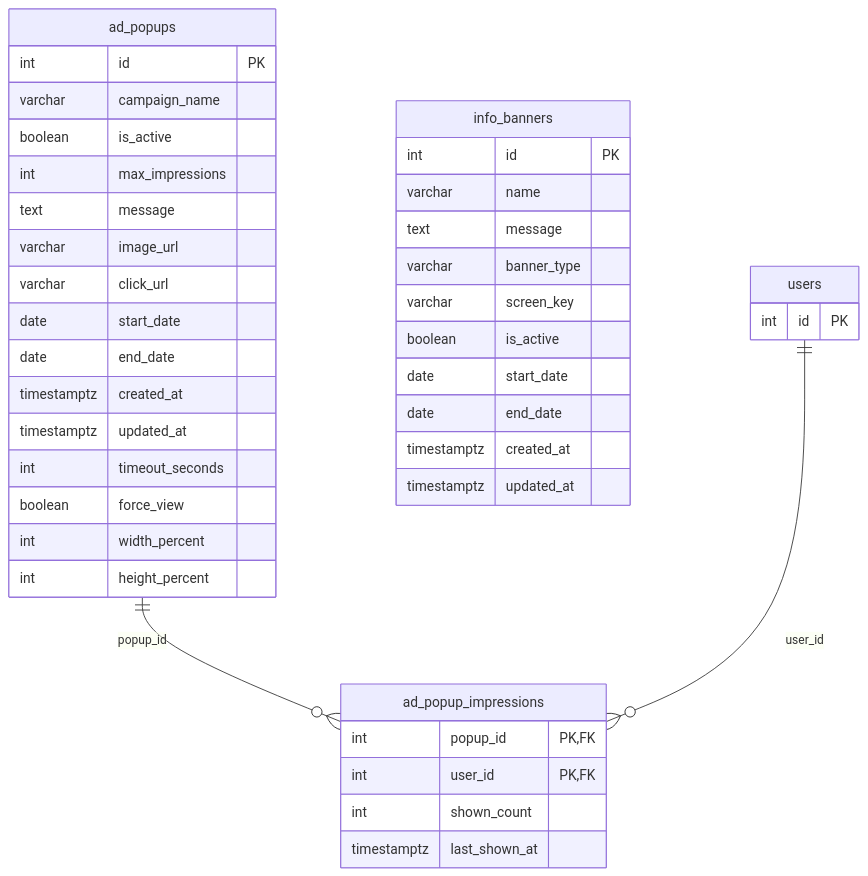
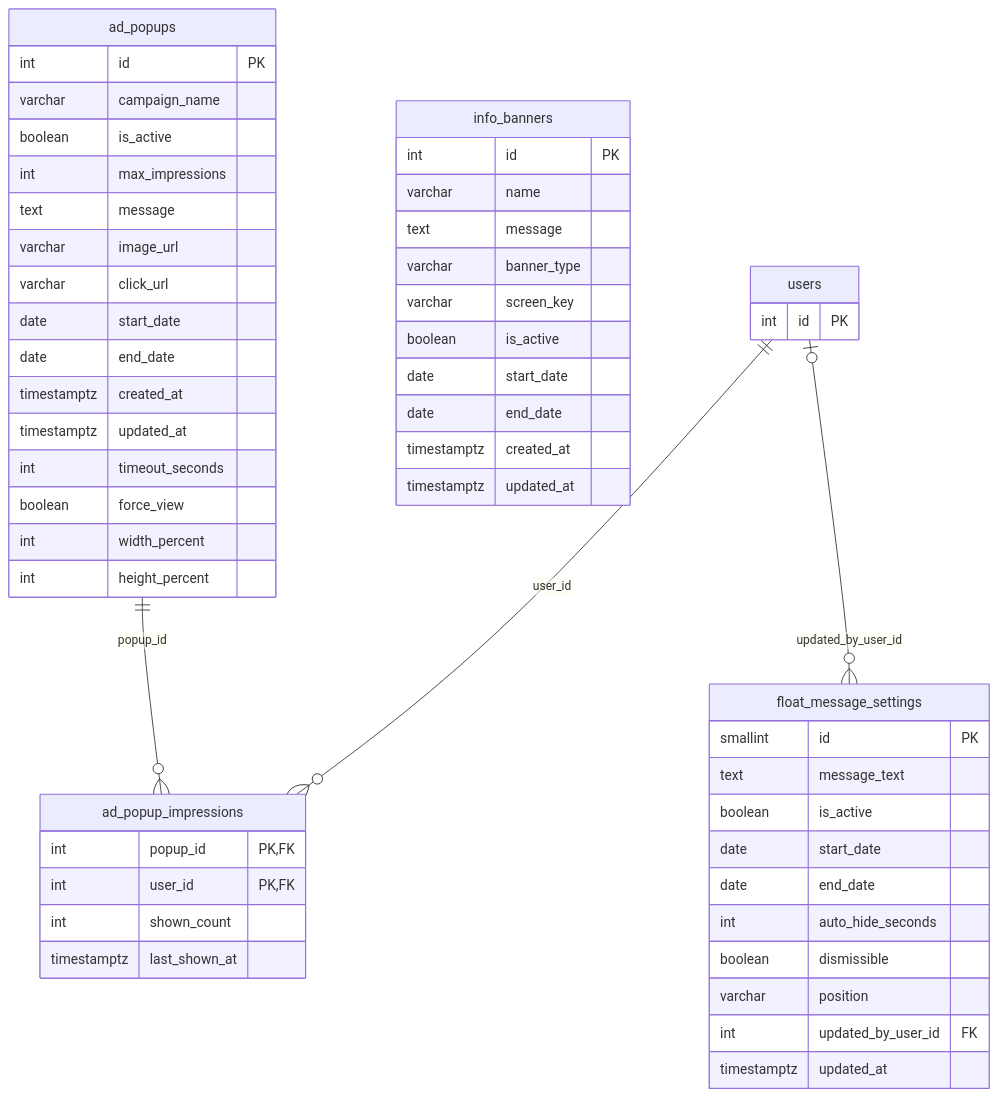
One commit to dminhbb/ttm-tool changed the tenth of 13 diagrams in docs/database-erd.md. Above: the diagram before and after it, drawn with Mermaid. The commit also changed other lines of this file and 25 other files, not shown here.

First line of the commit message:
Nhận diện "PMB" (footer, sidebar) và chức năng Float message

````diff
--- a/docs/database-erd.md
+++ b/docs/database-erd.md
@@ -1798,43 +1798,56 @@
 ```mermaid
 erDiagram
     ad_popups {
         int id PK
         varchar campaign_name
         boolean is_active
         int max_impressions
         text message
         varchar image_url
         varchar click_url
         date start_date
         date end_date
         timestamptz created_at
         timestamptz updated_at
         int timeout_seconds
         boolean force_view
         int width_percent
         int height_percent
     }
     ad_popup_impressions {
         int popup_id PK, FK
         int user_id PK, FK
         int shown_count
         timestamptz last_shown_at
     }
     info_banners {
         int id PK
         varchar name
         text message
         varchar banner_type
         varchar screen_key
         boolean is_active
         date start_date
         date end_date
         timestamptz created_at
         timestamptz updated_at
     }
+    float_message_settings {
+        smallint id PK
+        text message_text
+        boolean is_active
+        date start_date
+        date end_date
+        int auto_hide_seconds
+        boolean dismissible
+        varchar position
+        int updated_by_user_id FK
+        timestamptz updated_at
+    }
     users {
         int id PK
     }
     ad_popups ||--o{ ad_popup_impressions : "popup_id"
     users ||--o{ ad_popup_impressions : "user_id"
+    users |o--o{ float_message_settings : "updated_by_user_id"
 ```
````
